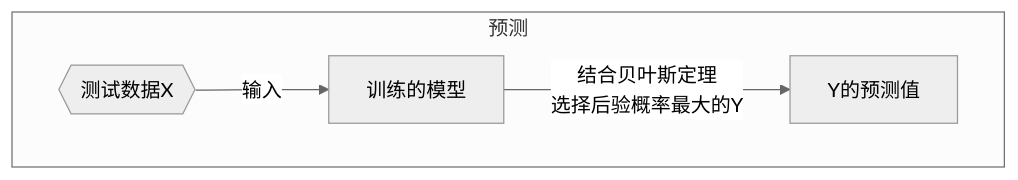
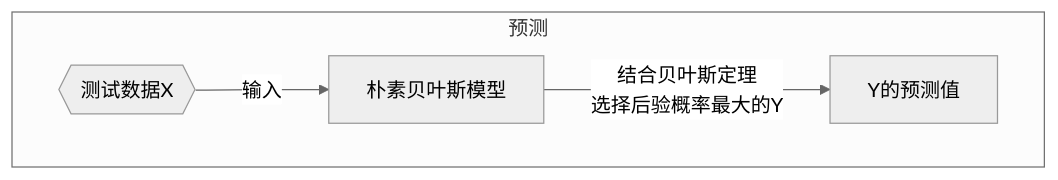
The second of 2 diagrams in docs/booknotes/ml/naive_bayes/README.md (LittleBee1024/learning_book), drawn with Mermaid (neutral theme) before and after one commit. The commit also changed 4 other files, not shown here.

````diff
--- a/docs/booknotes/ml/naive_bayes/README.md
+++ b/docs/booknotes/ml/naive_bayes/README.md
@@ -16,6 +16,6 @@
 ```mermaid
 flowchart TB
     subgraph B[预测]
-    A2{{测试数据X}} --输入--> Model[训练的模型] --结合贝叶斯定理\n选择后验概率最大的Y--> Res[Y的预测值]
+    Data{{测试数据X}} --输入--> Model[朴素贝叶斯模型] --结合贝叶斯定理\n选择后验概率最大的Y--> Res[Y的预测值]
     end
 ```
````
